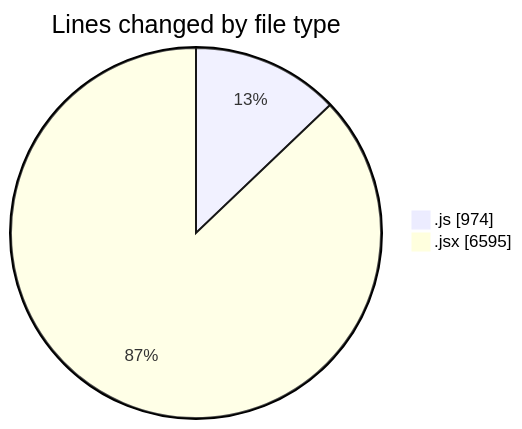
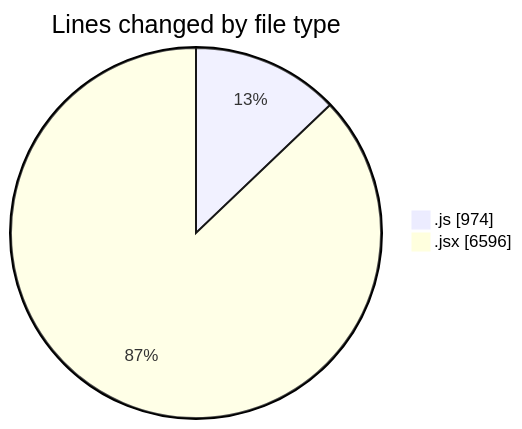
The first of 2 diagrams in 2025-12-05/nxtqube_webapp/README.md (nxtqubesakshisongat/code-tracking), drawn with Mermaid before and after one commit. The commit also changed other lines of this file and 1 other file, not shown here.

````diff
--- a/2025-12-05/nxtqube_webapp/README.md
+++ b/2025-12-05/nxtqube_webapp/README.md
@@ -26,6 +26,6 @@
 ```mermaid
 pie showData
 title Lines changed by file type
 ".js" : 974
-".jsx" : 6595
+".jsx" : 6596
 ```
````
